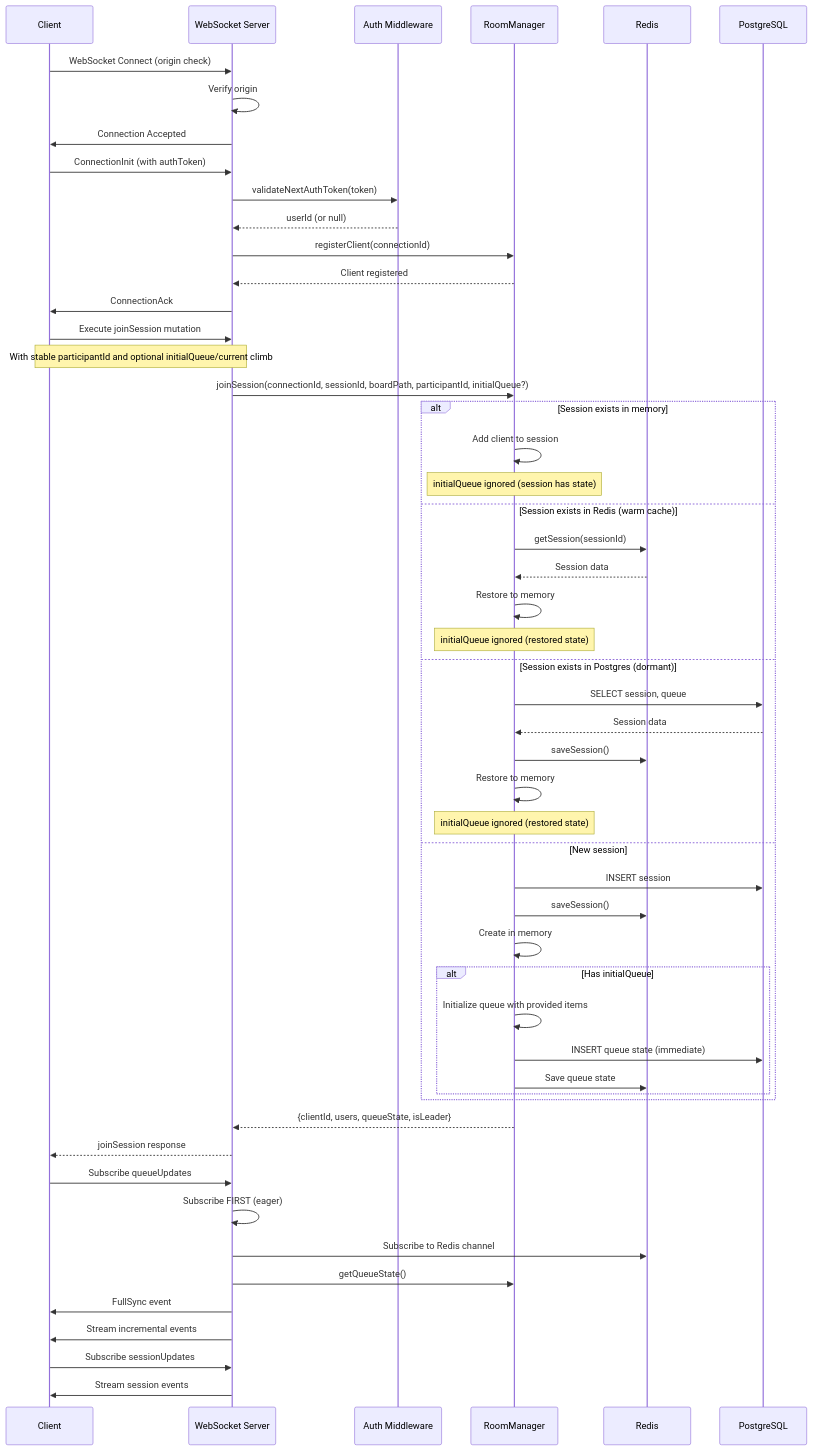
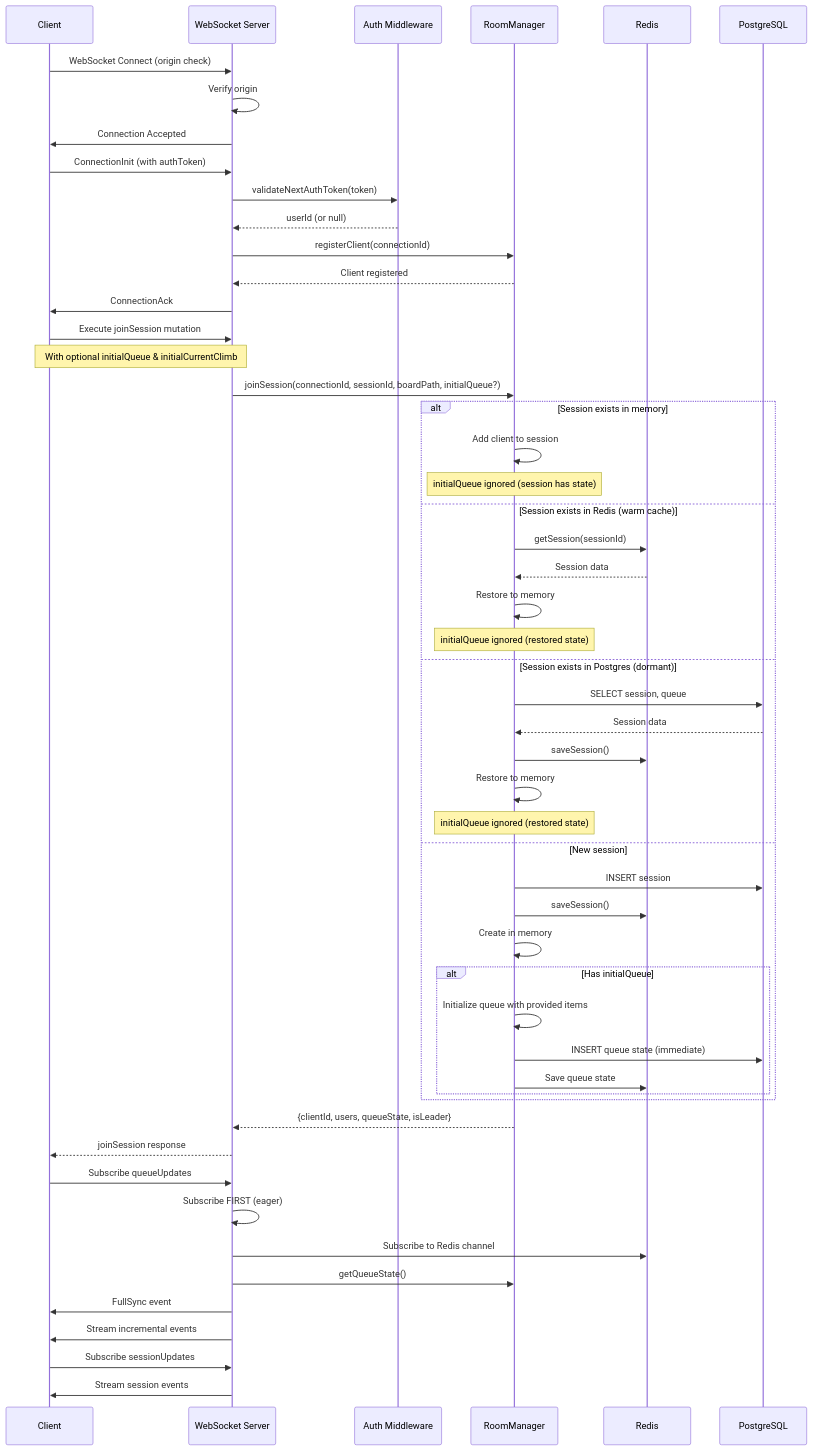
One commit to LucVermeer/board-analysis changed the first of 14 diagrams in docs/websocket-implementation.md. Above: the diagram before and after it, drawn with Mermaid. The commit also changed other lines of this file and 48 other files, not shown here.

````diff
--- a/docs/websocket-implementation.md
+++ b/docs/websocket-implementation.md
@@ -126,62 +126,62 @@
 ```mermaid
 sequenceDiagram
     participant C as Client
     participant WS as WebSocket Server
     participant A as Auth Middleware
     participant RM as RoomManager
     participant R as Redis
     participant PG as PostgreSQL
 
     C->>WS: WebSocket Connect (origin check)
     WS->>WS: Verify origin
     WS->>C: Connection Accepted
 
     C->>WS: ConnectionInit (with authToken)
     WS->>A: validateNextAuthToken(token)
     A-->>WS: userId (or null)
     WS->>RM: registerClient(connectionId)
     RM-->>WS: Client registered
     WS->>C: ConnectionAck
 
     C->>WS: Execute joinSession mutation
-    Note over C,WS: With stable participantId and optional initialQueue/current climb
-    WS->>RM: joinSession(connectionId, sessionId, boardPath, participantId, initialQueue?)
+    Note over C,WS: With optional initialQueue & initialCurrentClimb
+    WS->>RM: joinSession(connectionId, sessionId, boardPath, initialQueue?)
 
     alt Session exists in memory
         RM->>RM: Add client to session
         Note over RM: initialQueue ignored (session has state)
     else Session exists in Redis (warm cache)
         RM->>R: getSession(sessionId)
         R-->>RM: Session data
         RM->>RM: Restore to memory
         Note over RM: initialQueue ignored (restored state)
     else Session exists in Postgres (dormant)
         RM->>PG: SELECT session, queue
         PG-->>RM: Session data
         RM->>R: saveSession()
         RM->>RM: Restore to memory
         Note over RM: initialQueue ignored (restored state)
     else New session
         RM->>PG: INSERT session
         RM->>R: saveSession()
         RM->>RM: Create in memory
         alt Has initialQueue
             RM->>RM: Initialize queue with provided items
             RM->>PG: INSERT queue state (immediate)
             RM->>R: Save queue state
         end
     end
 
     RM-->>WS: {clientId, users, queueState, isLeader}
     WS-->>C: joinSession response
 
     C->>WS: Subscribe queueUpdates
     WS->>WS: Subscribe FIRST (eager)
     WS->>R: Subscribe to Redis channel
     WS->>RM: getQueueState()
     WS->>C: FullSync event
     WS->>C: Stream incremental events
 
     C->>WS: Subscribe sessionUpdates
     WS->>C: Stream session events
 ```
````
